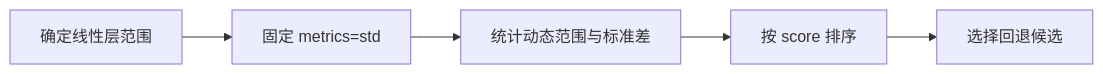
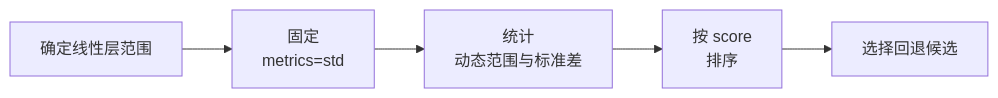
The diagram in msmodelslim/docs/zh/knowledge_base/quantization_algorithms/std/usage_std.md (mindstudio-docs/master), drawn with Mermaid before and after one commit. The commit also changed other lines of this file and 235 other files, not shown here.

````diff
--- a/msmodelslim/docs/zh/knowledge_base/quantization_algorithms/std/usage_std.md
+++ b/msmodelslim/docs/zh/knowledge_base/quantization_algorithms/std/usage_std.md
@@ -23,7 +27,7 @@
 ```mermaid
 flowchart LR
-    A[确定线性层范围] --> B[固定 metrics=std]
-    B[固定 metrics=std] --> C[统计动态范围与标准差]
-    C[统计动态范围与标准差] --> D[按 score 排序]
-    D[按 score 排序] --> E[选择回退候选]
+    A[确定线性层范围] --> B[固定<br/>metrics=std]
+    B --> C[统计<br/>动态范围与标准差]
+    C --> D[按 score<br/>排序]
+    D --> E[选择回退候选]
 ```
````
